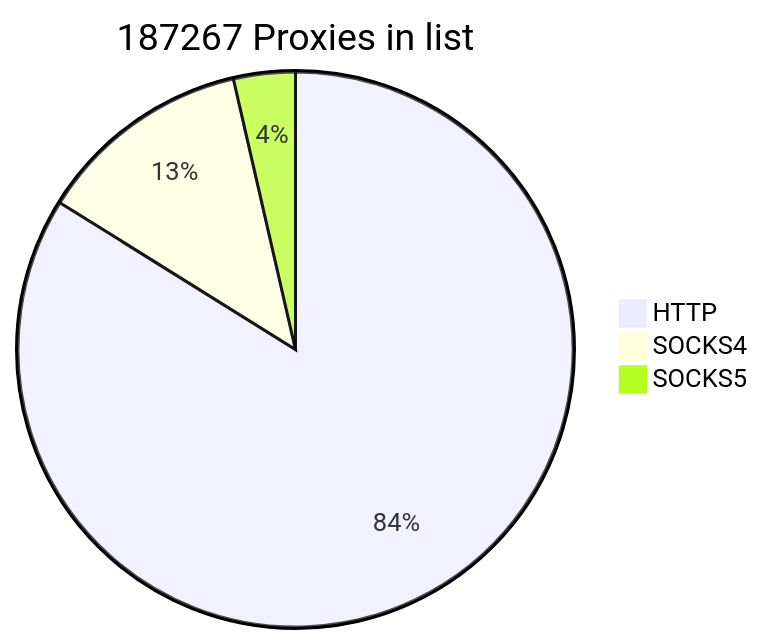
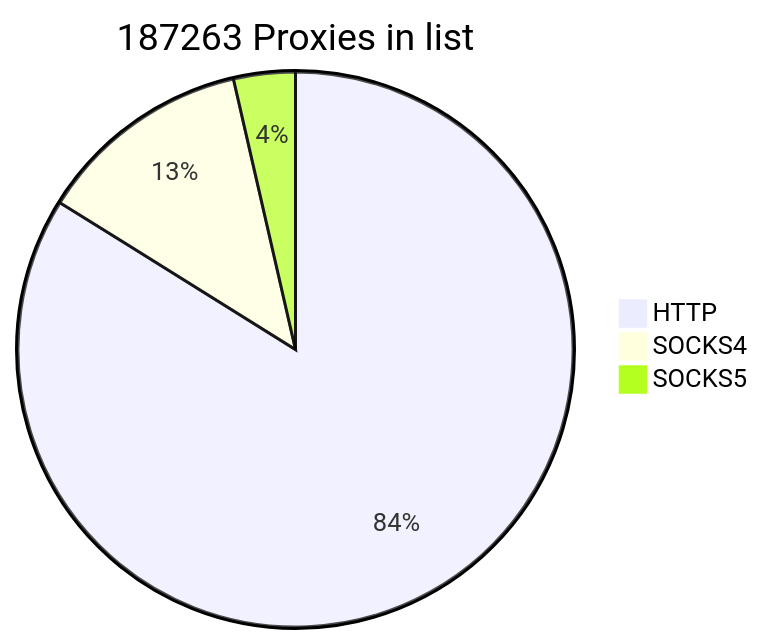
The first of 2 diagrams in README.md (cutipu/proxylist), drawn with Mermaid before and after one commit. The commit also changed other lines of this file, not shown here.

````diff
--- a/README.md
+++ b/README.md
@@ -2,7 +2,7 @@
 ```mermaid
-pie title 187267 Proxies in list
-    "HTTP" : 157063
-    "SOCKS4" : 23481
-    "SOCKS5" : 6723
+pie title 187263 Proxies in list
+    "HTTP" : 157062
+    "SOCKS4" : 23480
+    "SOCKS5" : 6721
             
 ```
````
